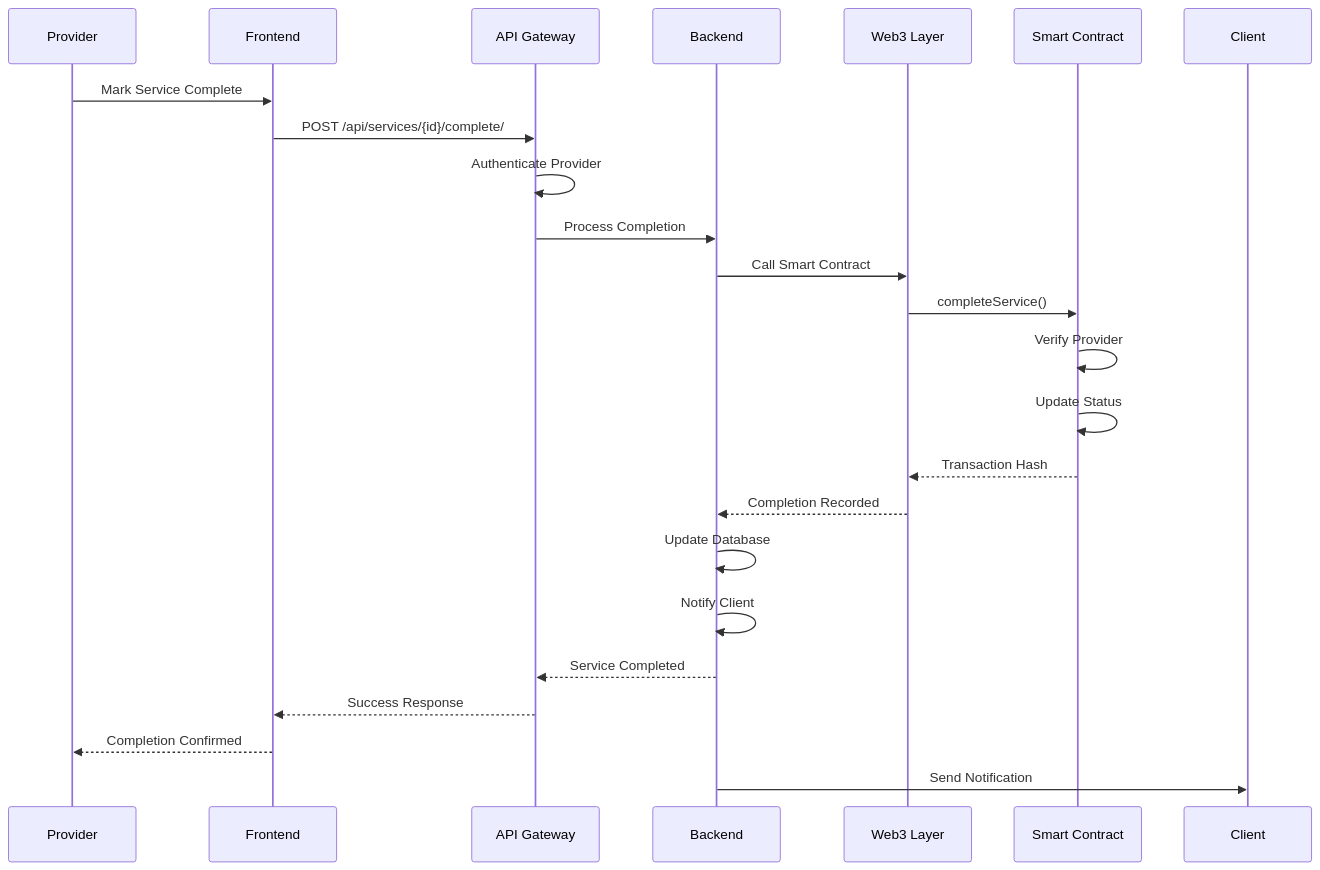
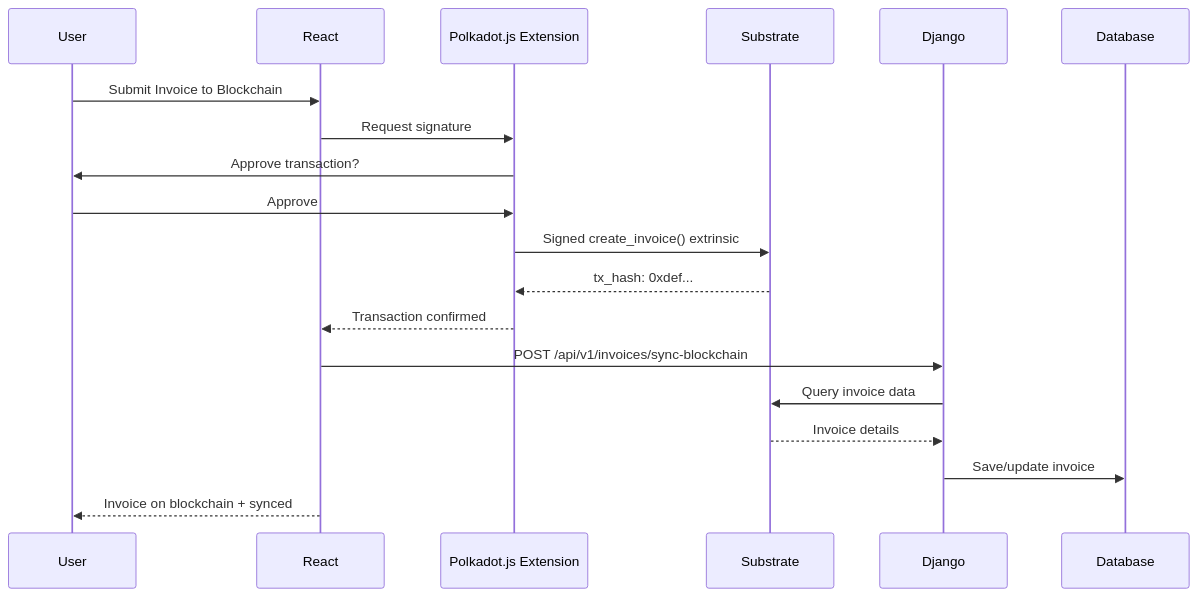
One commit to vcsmy/tidygen changed the third of 12 diagrams in docs/ARCHITECTURE.md. Above: the diagram before and after it, drawn with Mermaid. The commit also changed other lines of this file, not shown here.

First line of the commit message:
docs: add comprehensive system architecture documentation

````diff
--- a/docs/ARCHITECTURE.md
+++ b/docs/ARCHITECTURE.md
@@ -303,27 +253,22 @@
 ```mermaid
 sequenceDiagram
-    participant P as Provider
-    participant F as Frontend
-    participant A as API Gateway
-    participant B as Backend
-    participant W as Web3 Layer
-    participant S as Smart Contract
-    participant C as Client
-    
-    P->>F: Mark Service Complete
-    F->>A: POST /api/services/{id}/complete/
-    A->>A: Authenticate Provider
-    A->>B: Process Completion
-    B->>W: Call Smart Contract
-    W->>S: completeService()
-    S->>S: Verify Provider
-    S->>S: Update Status
-    S-->>W: Transaction Hash
-    W-->>B: Completion Recorded
-    B->>B: Update Database
-    B->>B: Notify Client
-    B-->>A: Service Completed
-    A-->>F: Success Response
-    F-->>P: Completion Confirmed
-    B->>C: Send Notification
+    participant User
+    participant React
+    participant PolkadotExt as Polkadot.js Extension
+    participant Substrate
+    participant Django
+    participant Database
+
+    User->>React: Submit Invoice to Blockchain
+    React->>PolkadotExt: Request signature
+    PolkadotExt->>User: Approve transaction?
+    User->>PolkadotExt: Approve
+    PolkadotExt->>Substrate: Signed create_invoice() extrinsic
+    Substrate-->>PolkadotExt: tx_hash: 0xdef...
+    PolkadotExt-->>React: Transaction confirmed
+    React->>Django: POST /api/v1/invoices/sync-blockchain
+    Django->>Substrate: Query invoice data
+    Substrate-->>Django: Invoice details
+    Django->>Database: Save/update invoice
+    React-->>User: Invoice on blockchain + synced
 ```
````
